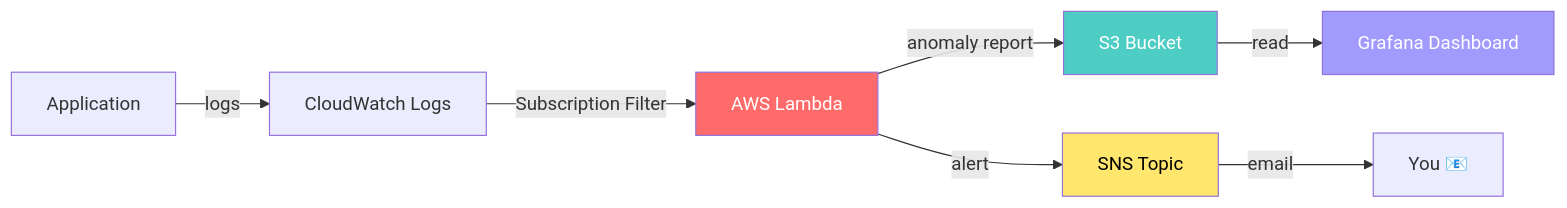
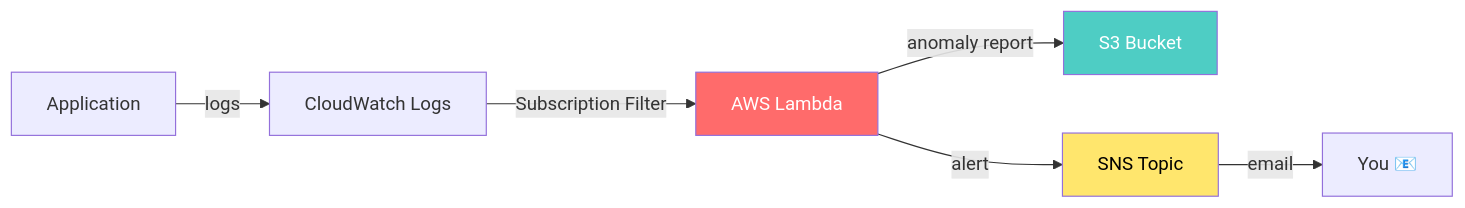
Before and after one commit to Reddy8053/-log-anomaly-pipeline: the diagram in README.md, drawn with Mermaid. The commit also changed other lines of this file and 8 other files, not shown here.

````diff
--- a/README.md
+++ b/README.md
@@ -7,14 +6,12 @@
 ```mermaid
 graph LR
     A[Application] -->|logs| B[CloudWatch Logs]
     B -->|Subscription Filter| C[AWS Lambda]
     C -->|anomaly report| D[S3 Bucket]
     C -->|alert| E[SNS Topic]
     E -->|email| F[You 📧]
-    D -->|read| G[Grafana Dashboard]
     
     style C fill:#ff6b6b,color:#fff
     style D fill:#4ecdc4,color:#fff
     style E fill:#ffe66d,color:#000
-    style G fill:#a29bfe,color:#fff
 ```
````
